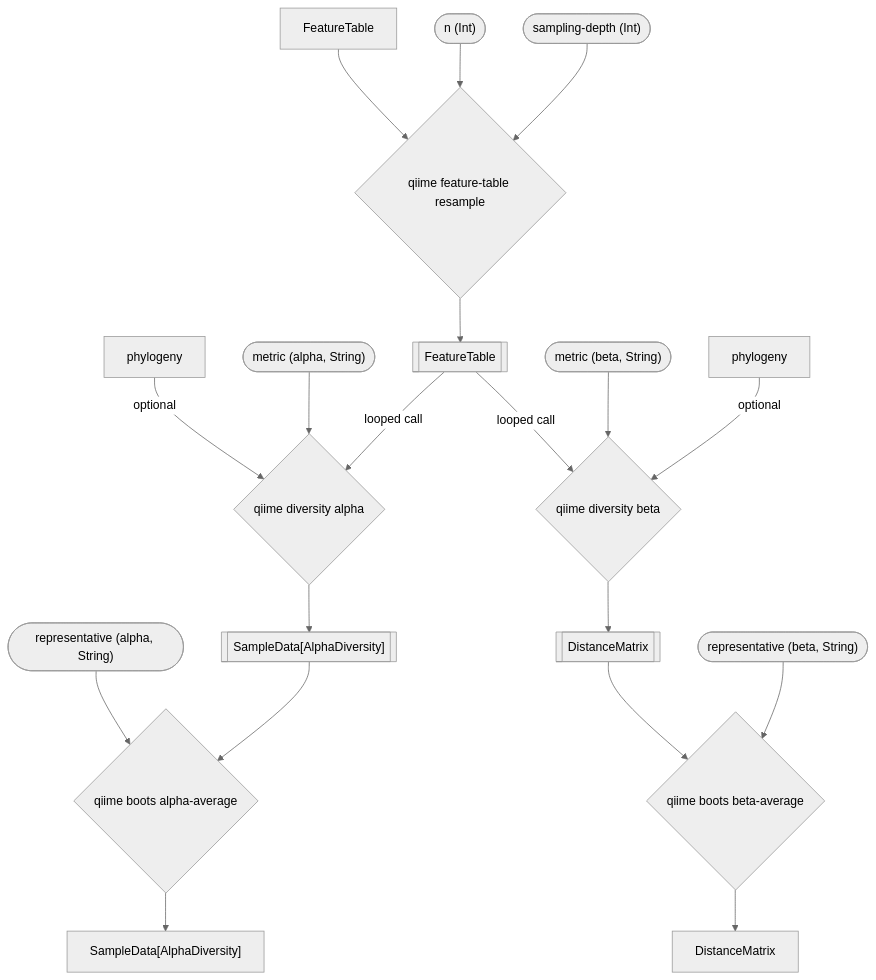
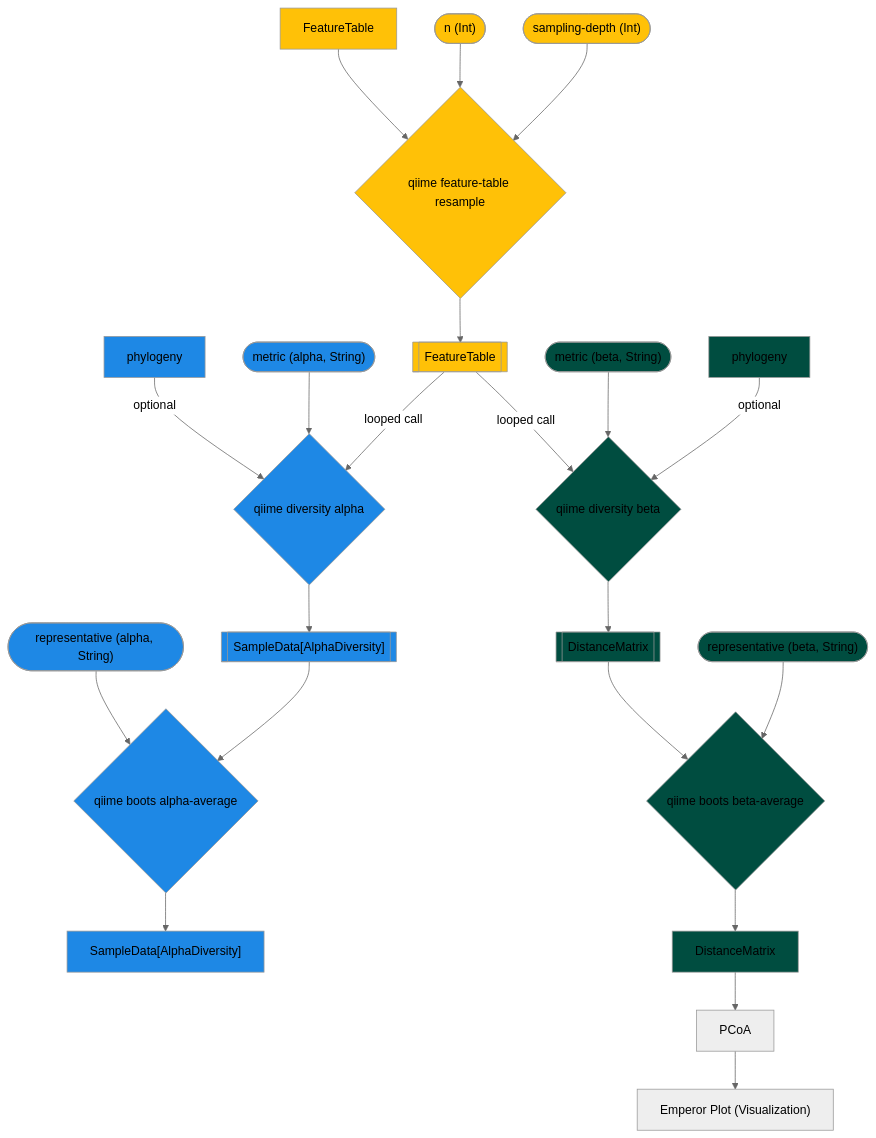
One commit to caporaso-lab/q2-boots changed the diagram in pipeline-chart.md. Above: the diagram before and after it, drawn with Mermaid (neutral theme).

Commit message:
add colors to chart

````diff
--- a/pipeline-chart.md
+++ b/pipeline-chart.md
@@ -1,26 +1,62 @@
 ```mermaid
 flowchart TD
     
     feature-table[FeatureTable] --> resample
     n(["n (Int)"]) --> resample
     sampling-depth(["sampling-depth (Int)"]) --> resample
     phylogeny-alpha[phylogeny] -- optional --> div-alpha
     alpha-metric(["metric (alpha, String)"]) --> div-alpha
     resample{qiime feature-table resample} -->
     feature-collection[[FeatureTable]] -- looped call --> div-alpha
     feature-collection -- looped call --> beta-diversity
     div-alpha{qiime diversity alpha} --> sd-collection
     alpha-rep(["representative (alpha, String)"]) --> alpha-avg
     sd-collection[["SampleData[AlphaDiversity]"]] -->
     alpha-avg{qiime boots alpha-average} -->
-    I["SampleData[AlphaDiversity]"]
+    sample-data["SampleData[AlphaDiversity]"]
+
+    style feature-table fill:#FFC107
+    style feature-table color:black
+
+    style n fill:#FFC107
+    style n color:black
+
+    style sampling-depth fill:#FFC107
+    style sampling-depth color:black
+
+    style resample fill:#FFC107
+    style resample color:black
+    style feature-collection color:black
+    style feature-collection fill:#FFC107
+
+    style phylogeny-alpha fill:#1E88E5
+    style alpha-metric fill:#1E88E5
+    style div-alpha fill:#1E88E5
+    style sd-collection fill:#1E88E5
+    style alpha-rep fill:#1E88E5
+    style alpha-avg fill:#1E88E5
+
+    style sample-data fill:#1E88E5
 
     beta-diversity{qiime diversity beta} --> dms
     beta-metric(["metric (beta, String)"]) --> beta-diversity
     phylogeny-beta[phylogeny] -- optional --> beta-diversity
 
     dms[[DistanceMatrix]] --> beta-average
     beta-rep(["representative (beta, String)"]) -->
     beta-average{qiime boots beta-average} -->
     dm[DistanceMatrix]
+  
+    style beta-diversity fill:#004D40
+
+    style beta-metric fill:#004D40
+    style phylogeny-beta fill:#004D40
+    style dms fill:#004D40
+    style beta-rep fill:#004D40
+    style beta-average fill:#004D40
+    style dm fill:#004D40
+
+    dm --> pcoa[PCoA] -->
+    emperor-plot["Emperor Plot (Visualization)"]
+    
 ```
````
